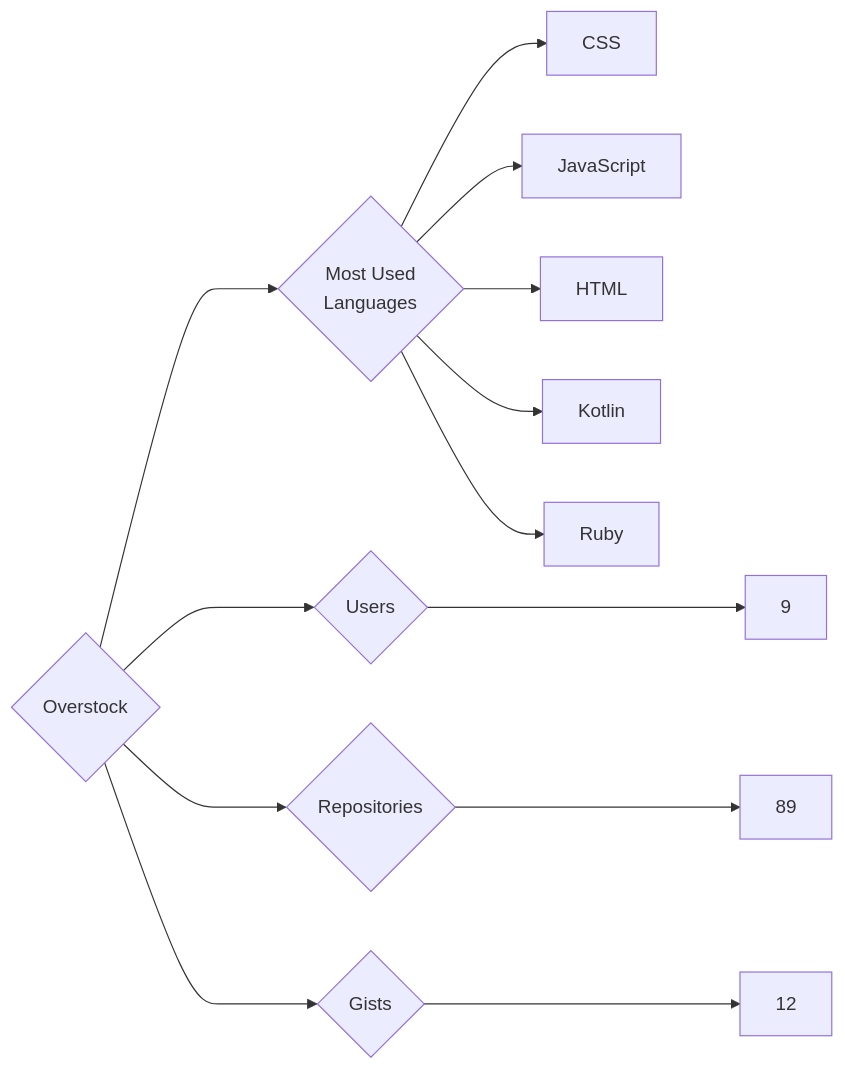
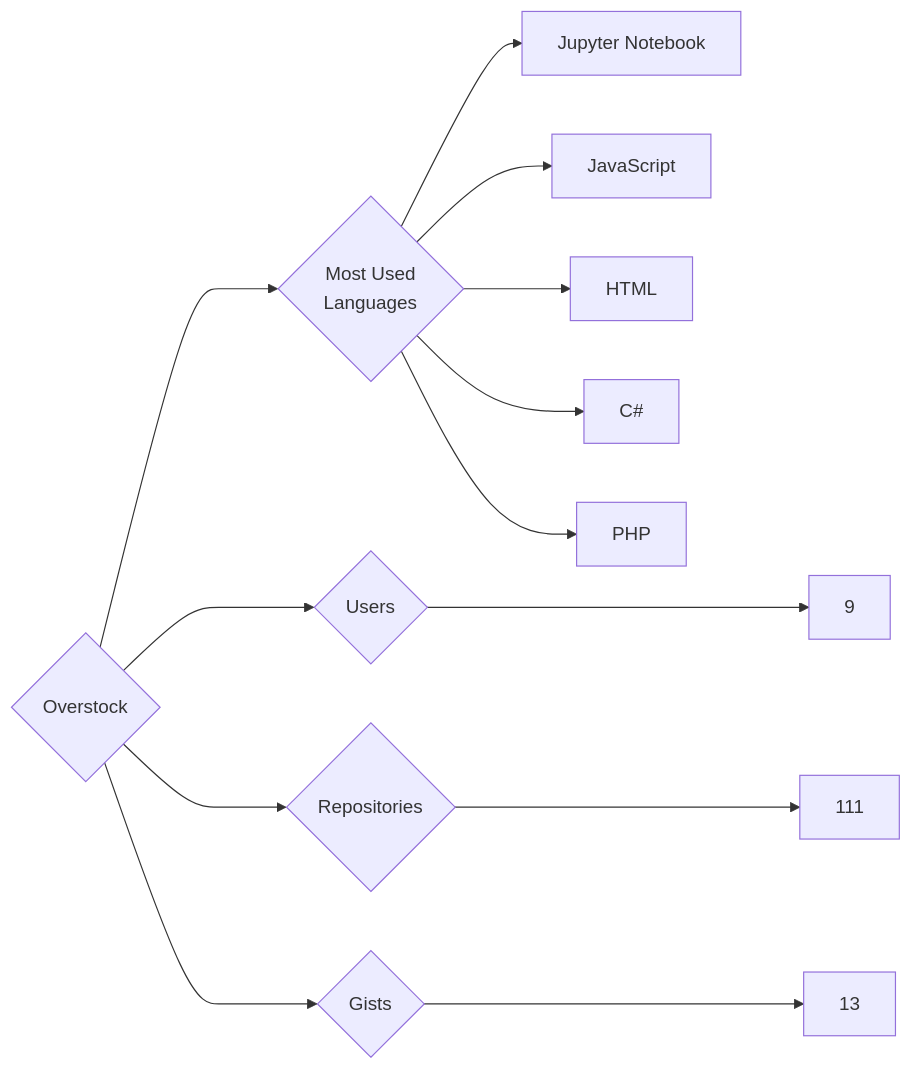
Before and after one commit to trickest/insiders: the diagram in targets/Overstock/README.md, drawn with Mermaid. The commit also changed 965 other files, not shown here.

````diff
--- a/targets/Overstock/README.md
+++ b/targets/Overstock/README.md
@@ -3,13 +3,13 @@
 ```mermaid
 graph LR
 COMPANY_NAME{Overstock}
 COMPANY_NAME ---> U{Users} ---> UN[9]
-COMPANY_NAME ---> R{Repositories} ---> RN[89]
-COMPANY_NAME ---> G{Gists} ---> GN[12]
+COMPANY_NAME ---> R{Repositories} ---> RN[111]
+COMPANY_NAME ---> G{Gists} ---> GN[13]
 COMPANY_NAME ---> ML{Most Used<br>Languages}
-ML --> CSS[CSS]
+ML --> Jupyter_Notebook[Jupyter Notebook]
 ML --> JavaScript[JavaScript]
 ML --> HTML[HTML]
-ML --> Kotlin[Kotlin]
-ML --> Ruby[Ruby]
+ML --> C#[C#]
+ML --> PHP[PHP]
 ```
````
